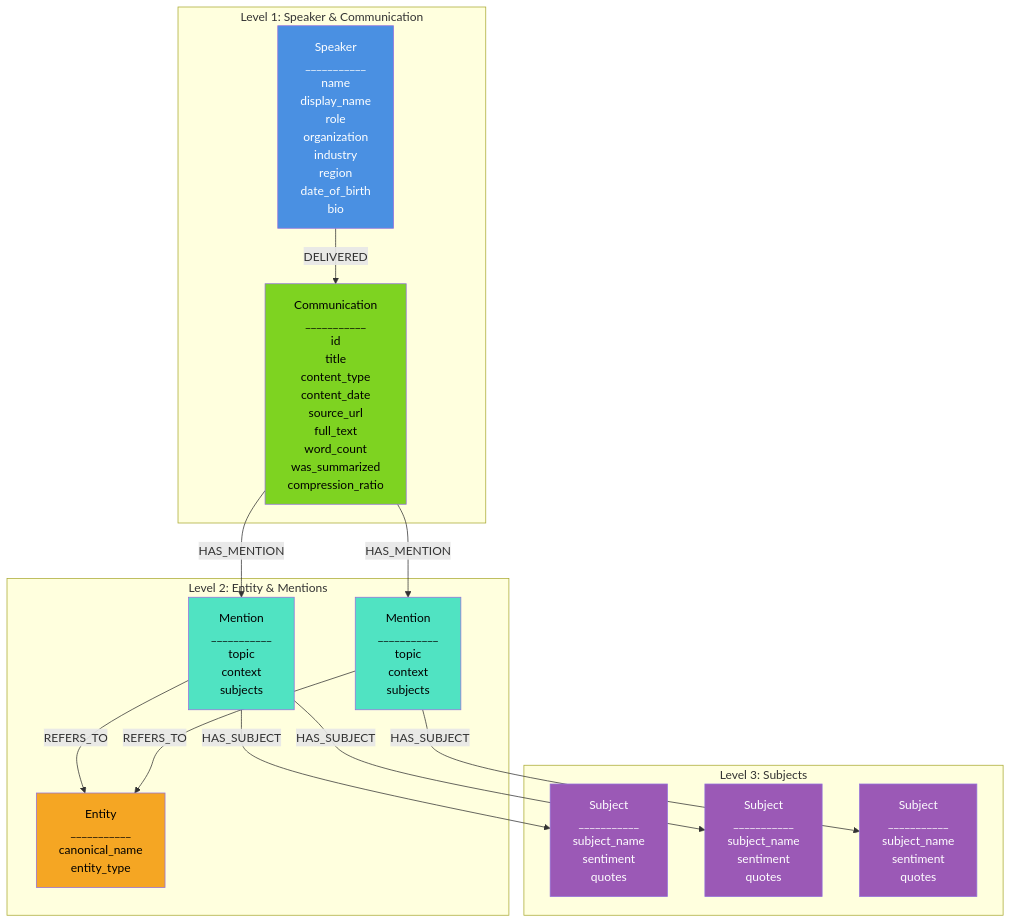
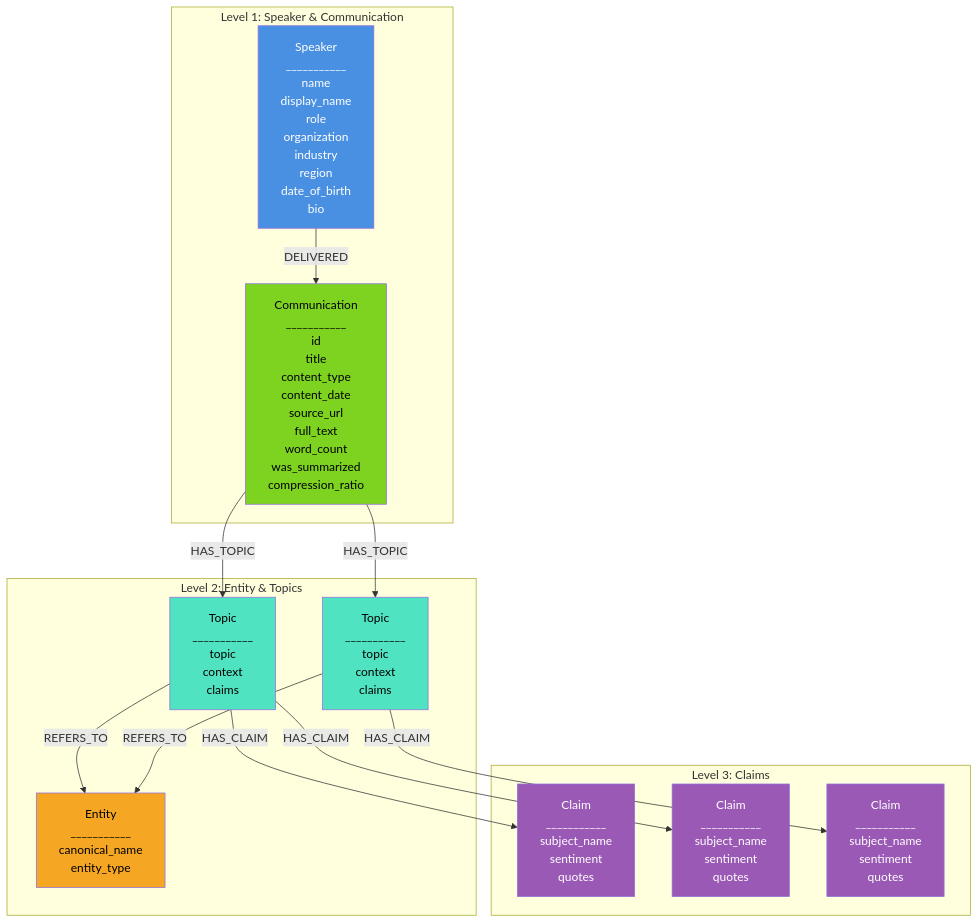
Before and after one commit to dmitriyratu/DiscourseKG: the diagram in documentation/kg/topology.md, drawn with Mermaid. The commit also changed other lines of this file and 29 other files, not shown here.

````diff
--- a/documentation/kg/topology.md
+++ b/documentation/kg/topology.md
@@ -17,37 +17,37 @@
 ```mermaid
 graph TB
     subgraph "Level 1: Speaker & Communication"
         S[Speaker<br/>___________<br/>name<br/>display_name<br/>role<br/>organization<br/>industry<br/>region<br/>date_of_birth<br/>bio]
         C[Communication<br/>___________<br/>id<br/>title<br/>content_type<br/>content_date<br/>source_url<br/>full_text<br/>word_count<br/>was_summarized<br/>compression_ratio]
     end
     
-    subgraph "Level 2: Entity & Mentions"
+    subgraph "Level 2: Entity & Topics"
         E[Entity<br/>___________<br/>canonical_name<br/>entity_type]
-        M1[Mention<br/>___________<br/>topic<br/>context<br/>subjects]
-        M2[Mention<br/>___________<br/>topic<br/>context<br/>subjects]
+        T1[Topic<br/>___________<br/>topic<br/>context<br/>claims]
+        T2[Topic<br/>___________<br/>topic<br/>context<br/>claims]
     end
     
-    subgraph "Level 3: Subjects"
-        SU1[Subject<br/>___________<br/>subject_name<br/>sentiment<br/>quotes]
-        SU2[Subject<br/>___________<br/>subject_name<br/>sentiment<br/>quotes]
-        SU3[Subject<br/>___________<br/>subject_name<br/>sentiment<br/>quotes]
+    subgraph "Level 3: Claims"
+        CL1[Claim<br/>___________<br/>subject_name<br/>sentiment<br/>quotes]
+        CL2[Claim<br/>___________<br/>subject_name<br/>sentiment<br/>quotes]
+        CL3[Claim<br/>___________<br/>subject_name<br/>sentiment<br/>quotes]
     end
     
     S -->|DELIVERED| C
-    C -->|HAS_MENTION| M1
-    C -->|HAS_MENTION| M2
-    M1 -->|REFERS_TO| E
-    M2 -->|REFERS_TO| E
-    M1 -->|HAS_SUBJECT| SU1
-    M1 -->|HAS_SUBJECT| SU2
-    M2 -->|HAS_SUBJECT| SU3
+    C -->|HAS_TOPIC| T1
+    C -->|HAS_TOPIC| T2
+    T1 -->|REFERS_TO| E
+    T2 -->|REFERS_TO| E
+    T1 -->|HAS_CLAIM| CL1
+    T1 -->|HAS_CLAIM| CL2
+    T2 -->|HAS_CLAIM| CL3
     
     style S fill:#4A90E2,color:#fff
     style C fill:#7ED321,color:#000
     style E fill:#F5A623,color:#000
-    style M1 fill:#50E3C2,color:#000
-    style M2 fill:#50E3C2,color:#000
-    style SU1 fill:#9B59B6,color:#fff
-    style SU2 fill:#9B59B6,color:#fff
-    style SU3 fill:#9B59B6,color:#fff
+    style T1 fill:#50E3C2,color:#000
+    style T2 fill:#50E3C2,color:#000
+    style CL1 fill:#9B59B6,color:#fff
+    style CL2 fill:#9B59B6,color:#fff
+    style CL3 fill:#9B59B6,color:#fff
 ```
````
